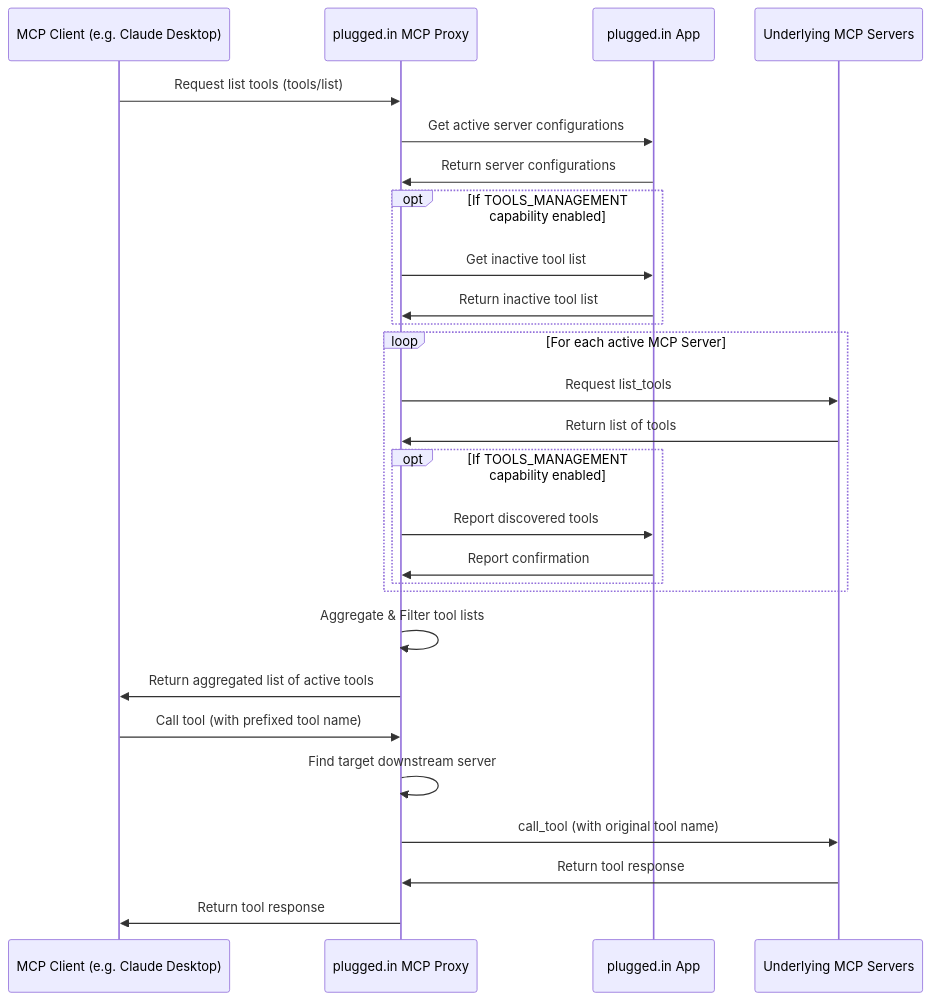
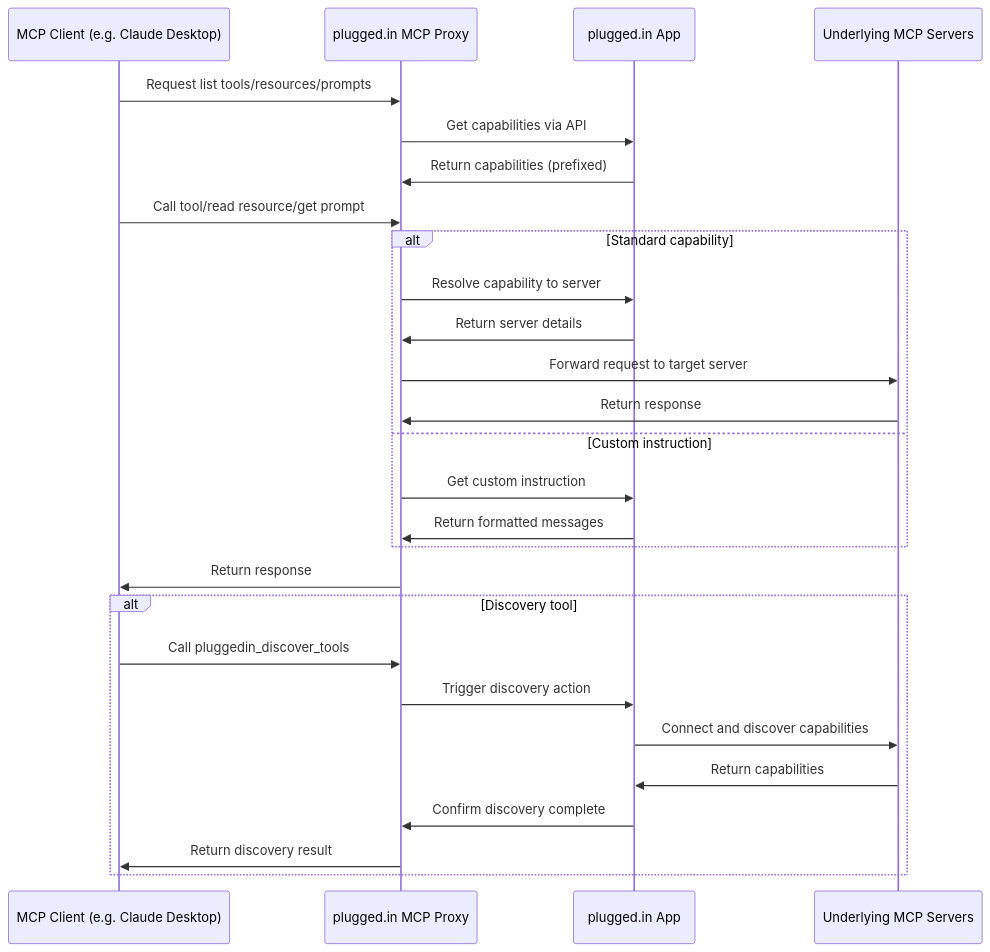
The diagram in README.md (hockinghills/pluggedin-mcp-proxy), drawn with Mermaid before and after one commit. The commit also changed other lines of this file, not shown here.

Commit message:
readme updates

````diff
--- a/README.md
+++ b/README.md
@@ -160,35 +160,32 @@
 ```mermaid
 sequenceDiagram
     participant MCPClient as MCP Client (e.g. Claude Desktop)
     participant PluggedinMCP as plugged.in MCP Proxy
     participant PluggedinApp as plugged.in App
     participant MCPServers as Underlying MCP Servers
 
-    MCPClient ->> PluggedinMCP: Request list tools (tools/list)
-    PluggedinMCP ->> PluggedinApp: Get active server configurations
-    PluggedinApp ->> PluggedinMCP: Return server configurations
-    
-    opt If TOOLS_MANAGEMENT capability enabled
-        PluggedinMCP ->> PluggedinApp: Get inactive tool list
-        PluggedinApp ->> PluggedinMCP: Return inactive tool list
+    MCPClient ->> PluggedinMCP: Request list tools/resources/prompts
+    PluggedinMCP ->> PluggedinApp: Get capabilities via API
+    PluggedinApp ->> PluggedinMCP: Return capabilities (prefixed)
+
+    MCPClient ->> PluggedinMCP: Call tool/read resource/get prompt
+    alt Standard capability
+        PluggedinMCP ->> PluggedinApp: Resolve capability to server
+        PluggedinApp ->> PluggedinMCP: Return server details
+        PluggedinMCP ->> MCPServers: Forward request to target server
+        MCPServers ->> PluggedinMCP: Return response
+    else Custom instruction
+        PluggedinMCP ->> PluggedinApp: Get custom instruction
+        PluggedinApp ->> PluggedinMCP: Return formatted messages
     end
-    
-    loop For each active MCP Server
-        PluggedinMCP ->> MCPServers: Request list_tools
-        MCPServers ->> PluggedinMCP: Return list of tools
-        
-        opt If TOOLS_MANAGEMENT capability enabled
-             PluggedinMCP ->> PluggedinApp: Report discovered tools
-             PluggedinApp ->> PluggedinMCP: Report confirmation
-        end
+    PluggedinMCP ->> MCPClient: Return response
+
+    alt Discovery tool
+        MCPClient ->> PluggedinMCP: Call pluggedin_discover_tools
+        PluggedinMCP ->> PluggedinApp: Trigger discovery action
+        PluggedinApp ->> MCPServers: Connect and discover capabilities
+        MCPServers ->> PluggedinApp: Return capabilities
+        PluggedinApp ->> PluggedinMCP: Confirm discovery complete
+        PluggedinMCP ->> MCPClient: Return discovery result
     end
-    
-    PluggedinMCP ->> PluggedinMCP: Aggregate & Filter tool lists
-    PluggedinMCP ->> MCPClient: Return aggregated list of active tools
-
-    MCPClient ->> PluggedinMCP: Call tool (with prefixed tool name)
-    PluggedinMCP ->> PluggedinMCP: Find target downstream server
-    PluggedinMCP ->> MCPServers: call_tool (with original tool name)
-    MCPServers ->> PluggedinMCP: Return tool response
-    PluggedinMCP ->> MCPClient: Return tool response
 ```
````
